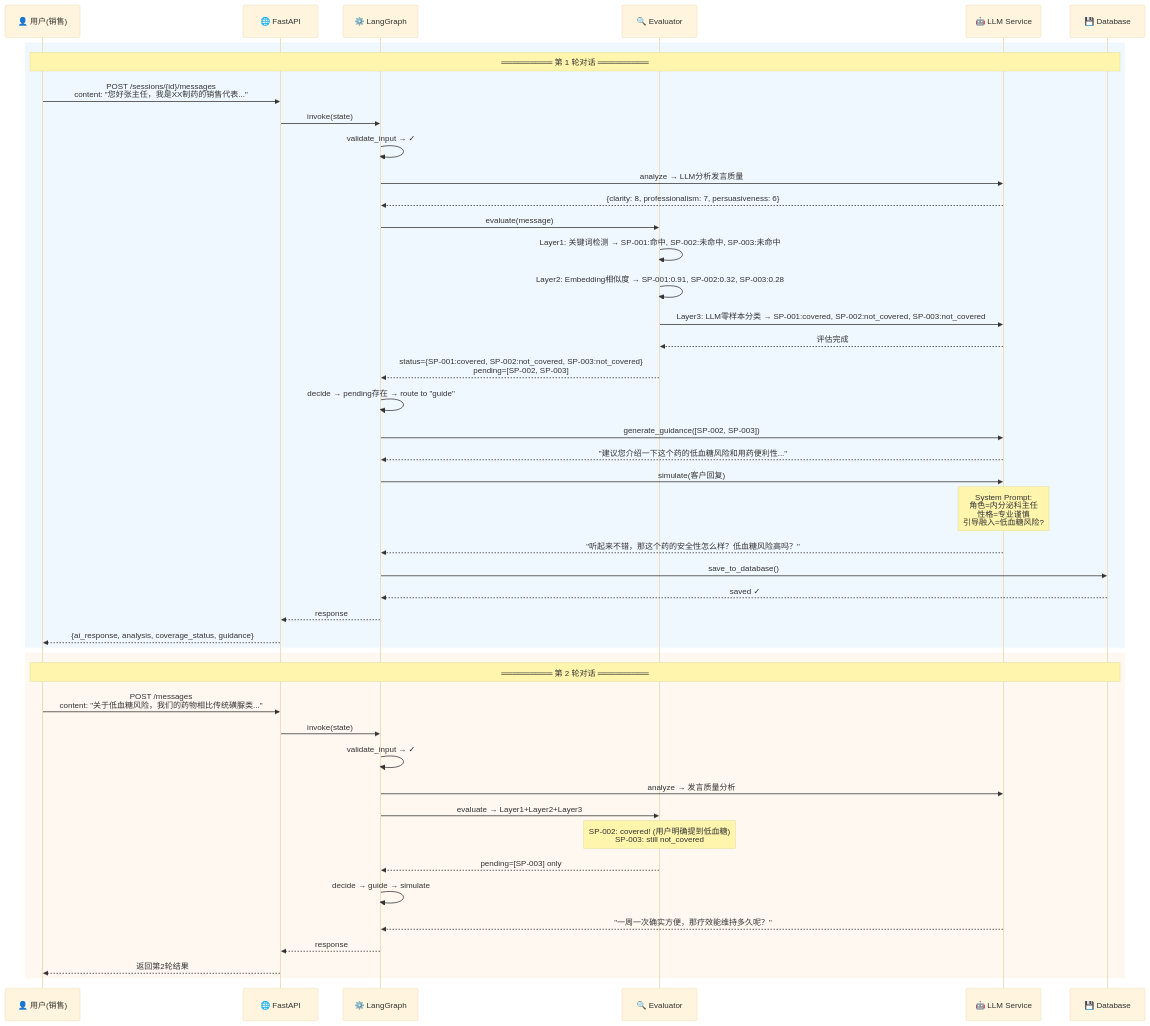
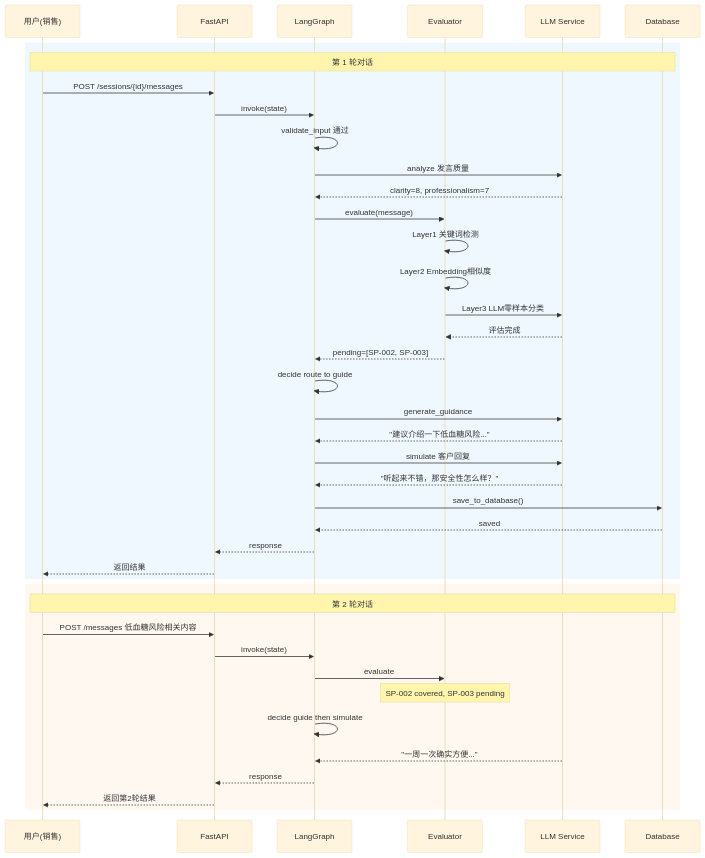
Before and after one commit to xt765/UMU-Sales-Trainer: the eighth of 15 diagrams in README.md, drawn with Mermaid (base theme). The commit also changed other lines of this file and 3 other files, not shown here.

Commit message:
docs: 修复技术栈全景图布局 - 子图垂直堆叠 + 去除emoji

````diff
--- a/README.md
+++ b/README.md
@@ -574,62 +520,54 @@
 ```mermaid
 sequenceDiagram
-    participant U as 👤 用户(销售)
-    participant F as 🌐 FastAPI
-    participant W as ⚙️ LangGraph
-    participant E as 🔍 Evaluator
-    participant L as 🤖 LLM Service
-    participant D as 💾 Database
+    participant U as 用户(销售)
+    participant F as FastAPI
+    participant W as LangGraph
+    participant E as Evaluator
+    participant L as LLM Service
+    participant D as Database
 
     rect rgb(240, 248, 255)
-        Note over U,D: ═════════ 第 1 轮对话 ═════════
+        Note over U,D: 第 1 轮对话
         
-        U->>F: POST /sessions/{id}/messages<br/>content: "您好张主任，我是XX制药的销售代表..."
+        U->>F: POST /sessions/{id}/messages
         F->>W: invoke(state)
         
-        W->>W: validate_input → ✓
-        W->>L: analyze → LLM分析发言质量
-        L-->>W: {clarity: 8, professionalism: 7, persuasiveness: 6}
+        W->>W: validate_input 通过
+        W->>L: analyze 发言质量
+        L-->>W: clarity=8, professionalism=7
         
         W->>E: evaluate(message)
-        E->>E: Layer1: 关键词检测 → SP-001:命中, SP-002:未命中, SP-003:未命中
-        E->>E: Layer2: Embedding相似度 → SP-001:0.91, SP-002:0.32, SP-003:0.28
-        E->>L: Layer3: LLM零样本分类 → SP-001:covered, SP-002:not_covered, SP-003:not_covered
+        E->>E: Layer1 关键词检测
+        E->>E: Layer2 Embedding相似度
+        E->>L: Layer3 LLM零样本分类
         L-->>E: 评估完成
         
-        E-->>W: status={SP-001:covered, SP-002:not_covered, SP-003:not_covered}<br/>pending=[SP-002, SP-003]
+        E-->>W: pending=[SP-002, SP-003]
         
-        W->>W: decide → pending存在 → route to "guide"
-        W->>L: generate_guidance([SP-002, SP-003])
-        L-->>W: "建议您介绍一下这个药的低血糖风险和用药便利性..."
+        W->>W: decide route to guide
+        W->>L: generate_guidance
+        L-->>W: "建议介绍一下低血糖风险..."
         
-        W->>L: simulate(客户回复)
-        Note over L: System Prompt:<br/>角色=内分泌科主任<br/>性格=专业谨慎<br/>引导融入=低血糖风险?
-        L-->>W: "听起来不错，那这个药的安全性怎么样？低血糖风险高吗？"
+        W->>L: simulate 客户回复
+        L-->>W: "听起来不错，那安全性怎么样？"
         
         W->>D: save_to_database()
-        D-->>W: saved ✓
+        D-->>W: saved
         
         W-->>F: response
-        F-->>U: {ai_response, analysis, coverage_status, guidance}
+        F-->>U: 返回结果
     end
     
     rect rgb(255, 248, 240)
-        Note over U,D: ═════════ 第 2 轮对话 ═════════
+        Note over U,D: 第 2 轮对话
         
-        U->>F: POST /messages<br/>content: "关于低血糖风险，我们的药物相比传统磺脲类..."
+        U->>F: POST /messages 低血糖风险相关内容
         F->>W: invoke(state)
-        
-        W->>W: validate_input → ✓
-        W->>L: analyze → 发言质量分析
-        W->>E: evaluate → Layer1+Layer2+Layer3
-        
-        Note over E: SP-002: covered! (用户明确提到低血糖)<br/>SP-003: still not_covered
-        
-        E-->>W: pending=[SP-003] only
-        W->>W: decide → guide → simulate
-        L-->>W: "一周一次确实方便，那疗效能维持多久呢？"
-        
+        W->>E: evaluate
+        Note over E: SP-002 covered, SP-003 pending
+        W->>W: decide guide then simulate
+        L-->>W: "一周一次确实方便..."
         W-->>F: response
         F-->>U: 返回第2轮结果
     end
 ```
````
